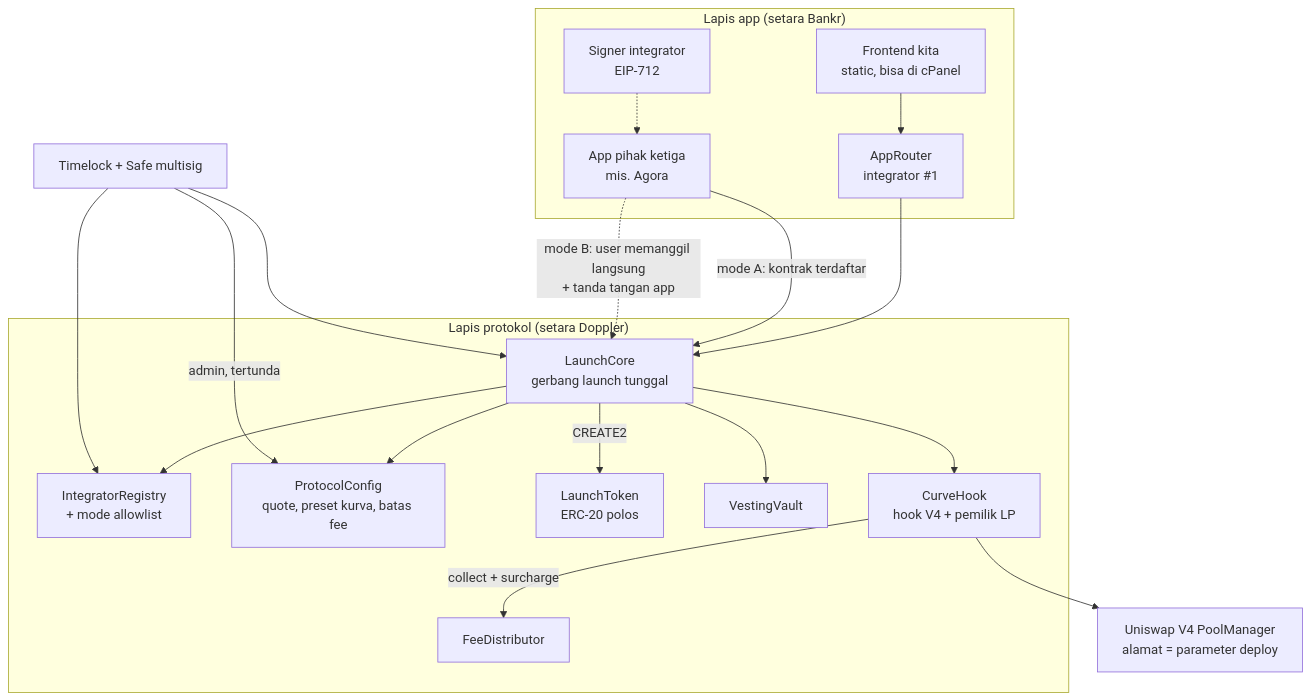
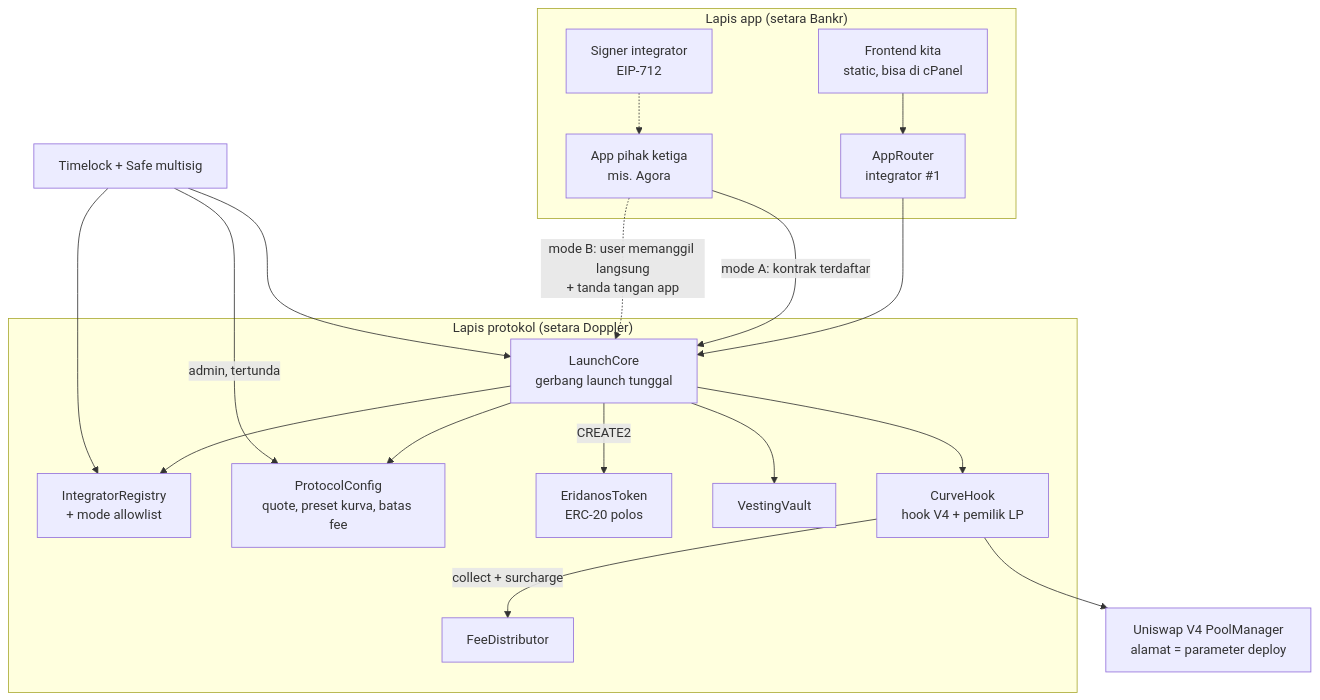
One commit to fdlr28/cpanelwpku changed the first of 3 diagrams in docs/desain/02-desain-arsitektur.md. Above: the diagram before and after it, drawn with Mermaid. The commit also changed other lines of this file and 16 other files, not shown here.

First line of the commit message:
Phase 2: EridanosToken, VestingVault, ProtocolConfig, IntegratorRegistry, Timelock

````diff
--- a/docs/desain/02-desain-arsitektur.md
+++ b/docs/desain/02-desain-arsitektur.md
@@ -39,34 +39,34 @@
 ```mermaid
 flowchart TB
   subgraph APP["Lapis app (setara Bankr)"]
     UI["Frontend kita<br/>static, bisa di cPanel"]
     AR["AppRouter<br/>integrator #1"]
     AG["App pihak ketiga<br/>mis. Agora"]
     SG["Signer integrator<br/>EIP-712"]
   end
   subgraph PROTO["Lapis protokol (setara Doppler)"]
     LC["LaunchCore<br/>gerbang launch tunggal"]
     IR["IntegratorRegistry<br/>+ mode allowlist"]
     PC["ProtocolConfig<br/>quote, preset kurva, batas fee"]
-    TK["LaunchToken<br/>ERC-20 polos"]
+    TK["EridanosToken<br/>ERC-20 polos"]
     VV["VestingVault"]
     CH["CurveHook<br/>hook V4 + pemilik LP"]
     FD["FeeDistributor"]
   end
   PM["Uniswap V4 PoolManager<br/>alamat = parameter deploy"]
   TL["Timelock + Safe multisig"]
 
   UI --> AR --> LC
   AG -->|"mode A: kontrak terdaftar"| LC
   AG -.->|"mode B: user memanggil langsung<br/>+ tanda tangan app"| LC
   SG -.-> AG
   LC --> IR
   LC --> PC
   LC -->|"CREATE2"| TK
   LC --> VV
   LC --> CH --> PM
   CH -->|"collect + surcharge"| FD
   TL -->|"admin, tertunda"| PC
   TL --> IR
   TL --> LC
 ```
````
